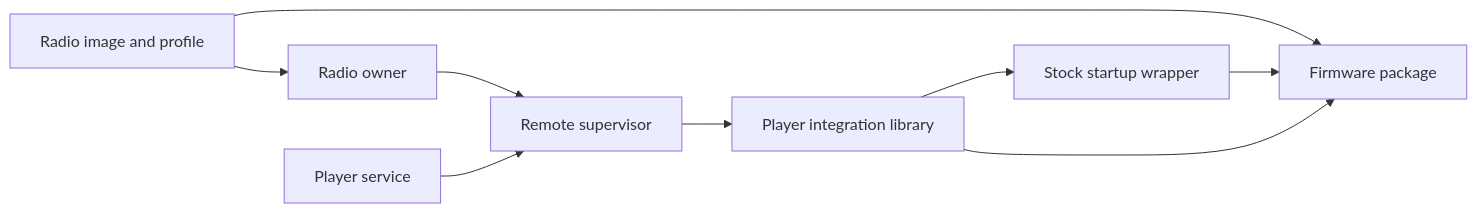
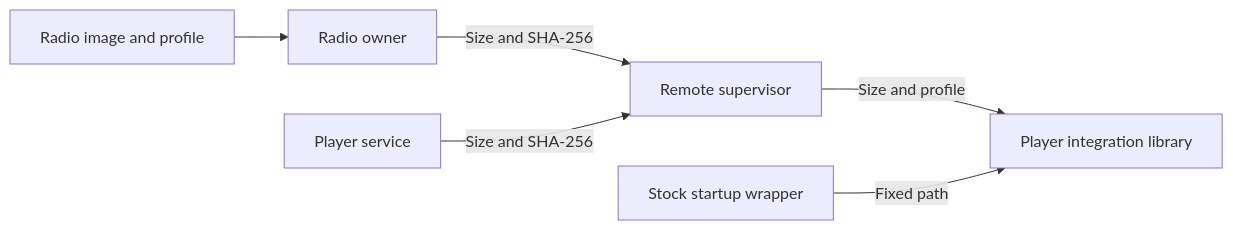
One commit to vicliu624/sony-nw-x1000-series-cfw changed the diagram in docs/ARCHITECTURE.md. Above: the diagram before and after it, drawn with Mermaid. The commit also changed other lines of this file and 3 other files, not shown here.

````diff
--- a/docs/ARCHITECTURE.md
+++ b/docs/ARCHITECTURE.md
@@ -57,11 +58,8 @@
 ```mermaid
 flowchart LR
     Radio[Radio image and profile] --> Owner[Radio owner]
-    Owner --> Supervisor[Remote supervisor]
-    Service[Player service] --> Supervisor
-    Supervisor --> Host[Player integration library]
-    Host --> Wrapper[Stock startup wrapper]
-    Radio --> Package[Firmware package]
-    Wrapper --> Package
-    Host --> Package
+    Owner -->|Size and SHA-256| Supervisor[Remote supervisor]
+    Service[Player service] -->|Size and SHA-256| Supervisor
+    Supervisor -->|Size and profile| Host[Player integration library]
+    Wrapper[Stock startup wrapper] -->|Fixed path| Host
 ```
````
